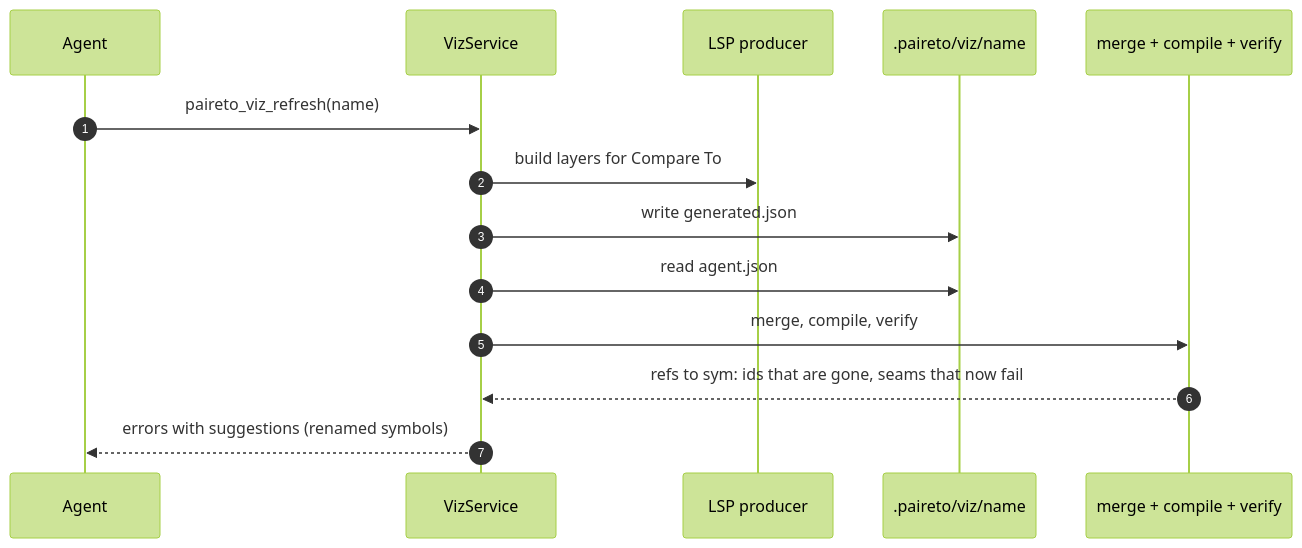
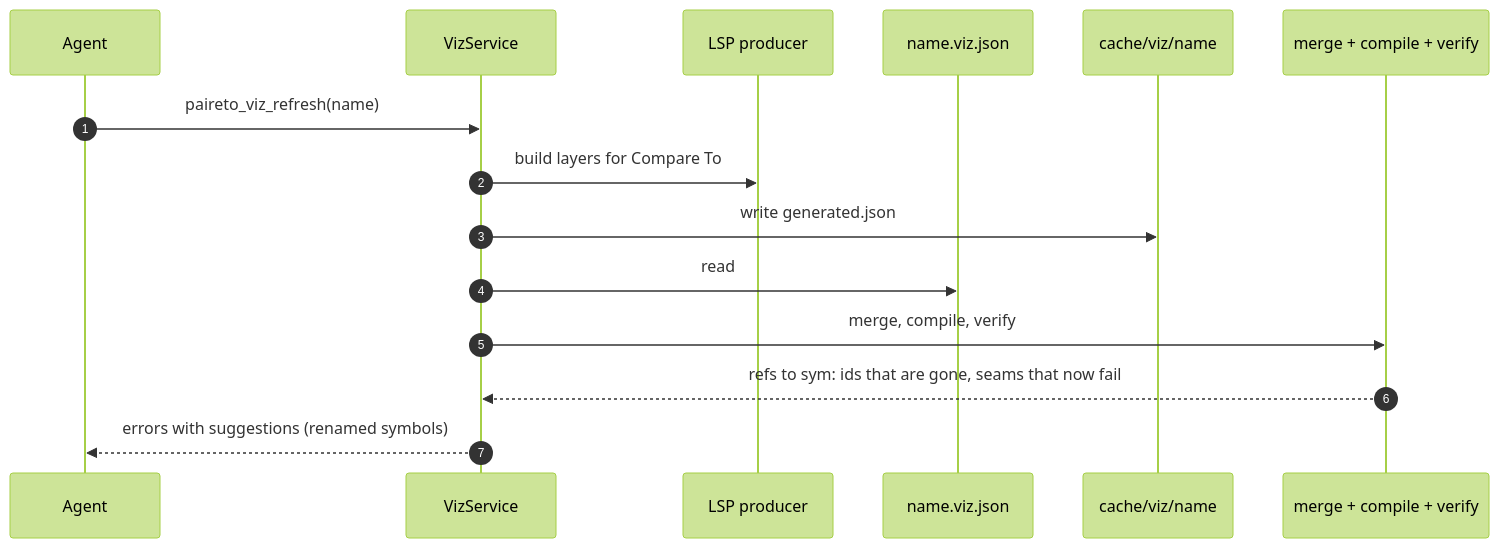
One commit to Nick-Lucas/paireto changed the third of 4 diagrams in docs/viz-core/04-protocols.md. Above: the diagram before and after it, drawn with Mermaid (forest theme). The commit also changed other lines of this file and 3 other files, not shown here.

````diff
--- a/docs/viz-core/04-protocols.md
+++ b/docs/viz-core/04-protocols.md
@@ -184,17 +233,18 @@
 ```mermaid
 sequenceDiagram
   autonumber
   participant Agent
   participant Host as VizService
   participant LSP as LSP producer
-  participant FS as .paireto/viz/name
+  participant File as name.viz.json
+  participant Cache as cache/viz/name
   participant Core as merge + compile + verify
 
   Agent->>Host: paireto_viz_refresh(name)
   Host->>LSP: build layers for Compare To
-  Host->>FS: write generated.json
-  Host->>FS: read agent.json
+  Host->>Cache: write generated.json
+  Host->>File: read
   Host->>Core: merge, compile, verify
   Core-->>Host: refs to sym: ids that are gone, seams that now fail
   Host-->>Agent: errors with suggestions (renamed symbols)
 ```
````
